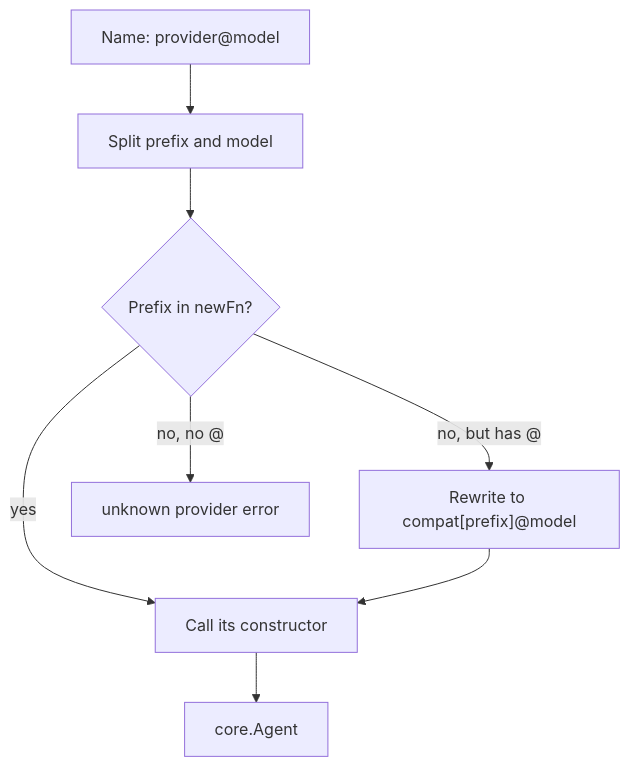
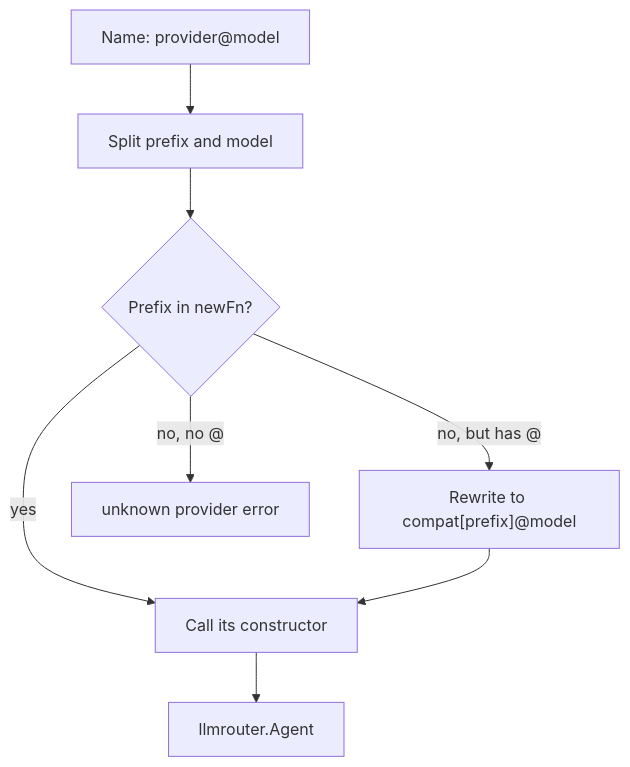
The third of 11 diagrams in doc/architecture.md (pardnchiu/go-llm-router), drawn with Mermaid before and after one commit. The commit also changed other lines of this file and 103 other files, not shown here.

Commit message:
chore: Rename package core to llmrouter, callers must update identifiers

````diff
--- a/doc/architecture.md
+++ b/doc/architecture.md
@@ -78,10 +78,10 @@
 ```mermaid
 graph TB
     Name["Name: provider@model"] --> Cut[Split prefix and model]
     Cut --> Lookup{Prefix in newFn?}
     Lookup -- yes --> Build[Call its constructor]
     Lookup -- "no, but has @" --> Rewrite["Rewrite to compat[prefix]@model"]
     Lookup -- "no, no @" --> Err[unknown provider error]
     Rewrite --> Build
-    Build --> Agent[core.Agent]
+    Build --> Agent[llmrouter.Agent]
 ```
````
